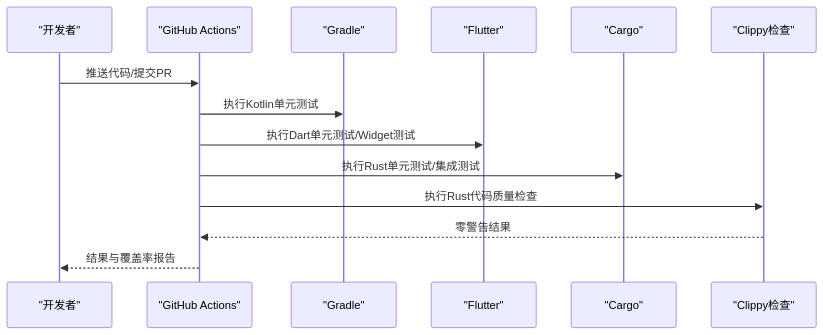
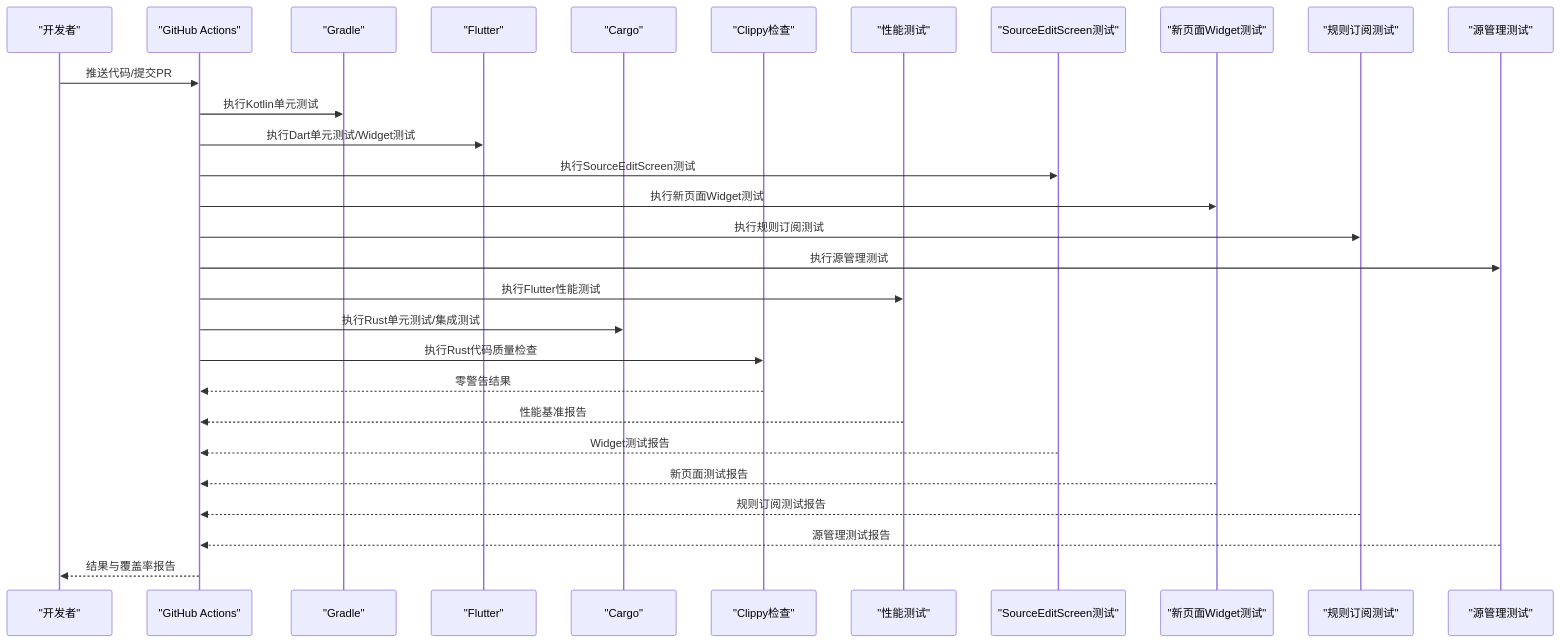
One commit to ZhangGHGitHub/LegadoTeamFlutter changed the eighth of 8 diagrams in .qoder/repowiki/zh/content/开发指南/测试策略/测试策略.md. Above: the diagram before and after it, drawn with Mermaid. The commit also changed other lines of this file and 173 other files, not shown here.

````diff
--- a/.qoder/repowiki/zh/content/开发指南/测试策略/测试策略.md
+++ b/.qoder/repowiki/zh/content/开发指南/测试策略/测试策略.md
@@ -392,16 +900,31 @@
 ```mermaid
 sequenceDiagram
 participant Dev as "开发者"
 participant GH as "GitHub Actions"
 participant Gradle as "Gradle"
 participant Flutter as "Flutter"
 participant Cargo as "Cargo"
 participant Clippy as "Clippy检查"
+participant Perf as "性能测试"
+participant SE_Test as "SourceEditScreen测试"
+participant NewPages_Test as "新页面Widget测试"
+participant RuleSub_Test as "规则订阅测试"
+participant SourceTests as "源管理测试"
 Dev->>GH : 推送代码/提交PR
 GH->>Gradle : 执行Kotlin单元测试
 GH->>Flutter : 执行Dart单元测试/Widget测试
+GH->>SE_Test : 执行SourceEditScreen测试
+GH->>NewPages_Test : 执行新页面Widget测试
+GH->>RuleSub_Test : 执行规则订阅测试
+GH->>SourceTests : 执行源管理测试
+GH->>Perf : 执行Flutter性能测试
 GH->>Cargo : 执行Rust单元测试/集成测试
 GH->>Clippy : 执行Rust代码质量检查
 Clippy-->>GH : 零警告结果
+Perf-->>GH : 性能基准报告
+SE_Test-->>GH : Widget测试报告
+NewPages_Test-->>GH : 新页面测试报告
+RuleSub_Test-->>GH : 规则订阅测试报告
+SourceTests-->>GH : 源管理测试报告
 GH-->>Dev : 结果与覆盖率报告
 ```
````
